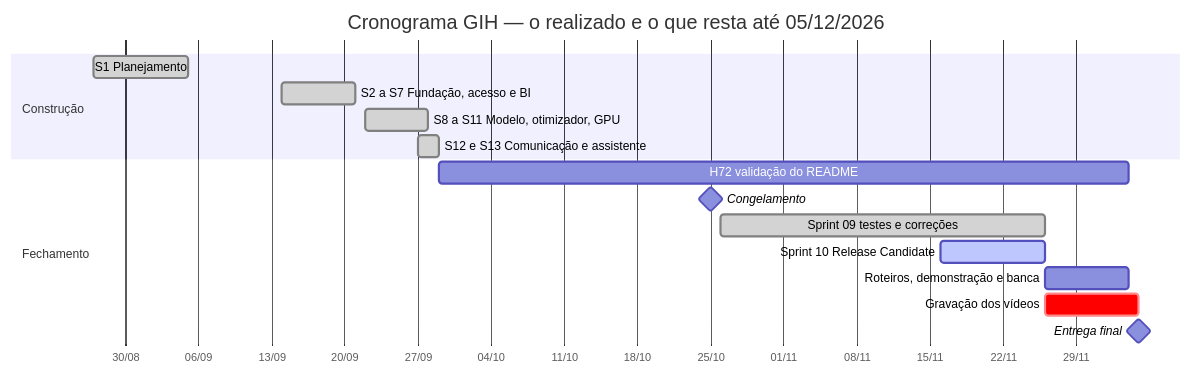
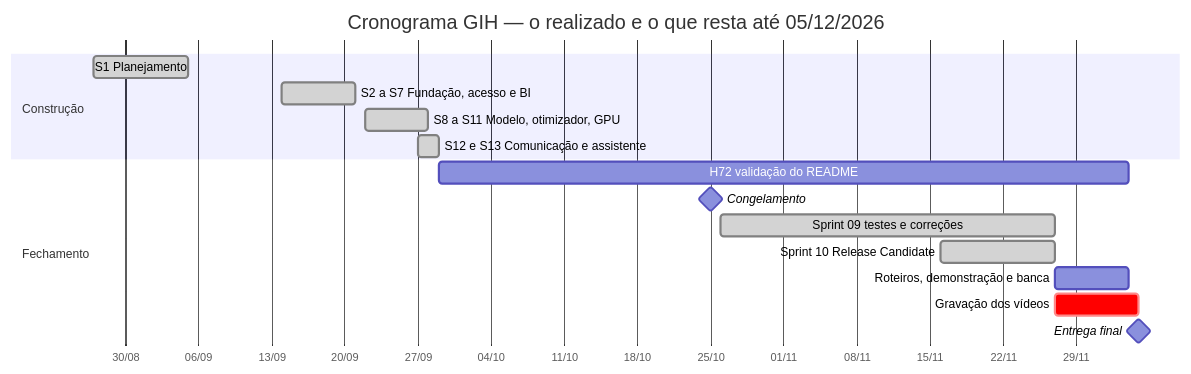
Before and after one commit to PedroMiranda243/gih-fabrica-de-software: the diagram in docs/05-cronograma.md, drawn with Mermaid. The commit also changed other lines of this file, not shown here.

Commit message:
docs: a Release Candidate no cronograma — a tag e a instalação do zero
As Sprints 09 e 10 fecham em 27/11: o #298 mesclado, a tag v1.0.0-rc.1
marcada na main e instalada do zero num clone novo. O marco da Release
Candidate ganha a data e o resultado.

Refs #263

````diff
--- a/docs/05-cronograma.md
+++ b/docs/05-cronograma.md
@@ -153,21 +153,21 @@
 ```mermaid
 gantt
     title Cronograma GIH — o realizado e o que resta até 05/12/2026
     dateFormat YYYY-MM-DD
     axisFormat %d/%m
 
     section Construção
     S1 Planejamento                 :done, 2026-08-27, 2026-09-05
     S2 a S7 Fundação, acesso e BI   :done, 2026-09-14, 2026-09-21
     S8 a S11 Modelo, otimizador, GPU :done, 2026-09-22, 2026-09-28
     S12 e S13 Comunicação e assistente :done, 2026-09-27, 2026-09-29
 
     section Fechamento
     H72 validação do README         :2026-09-29, 2026-12-04
     Congelamento                    :milestone, 2026-10-25, 0d
-    Sprint 09 testes e correções    :done, 2026-10-26, 2026-11-26
-    Sprint 10 Release Candidate     :active, 2026-11-16, 2026-11-26
-    Roteiros, demonstração e banca  :2026-11-26, 2026-12-04
-    Gravação dos vídeos             :crit, 2026-11-26, 2026-12-05
+    Sprint 09 testes e correções    :done, 2026-10-26, 2026-11-27
+    Sprint 10 Release Candidate     :done, 2026-11-16, 2026-11-27
+    Roteiros, demonstração e banca  :2026-11-27, 2026-12-04
+    Gravação dos vídeos             :crit, 2026-11-27, 2026-12-05
     Entrega final                   :milestone, 2026-12-05, 0d
 ```
````
